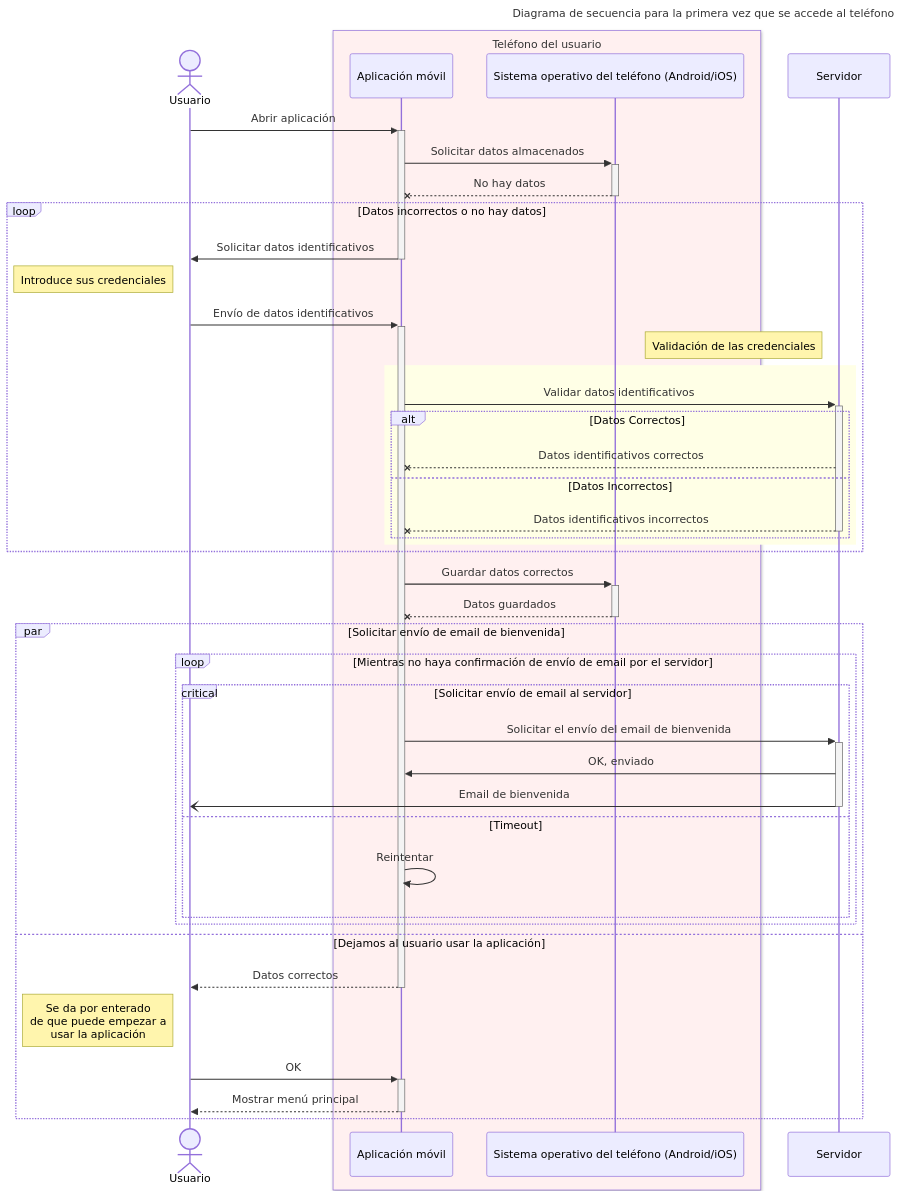
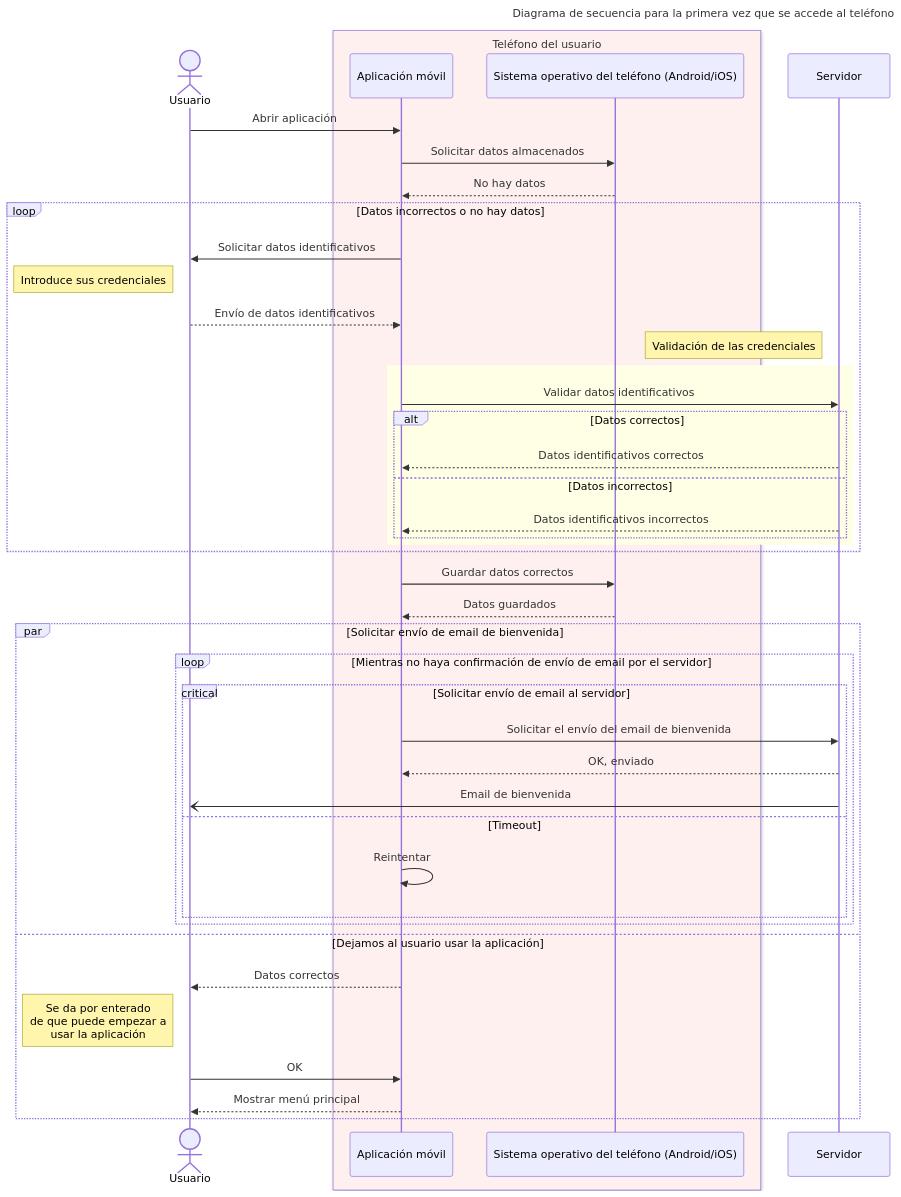
The first of 3 diagrams in ejemplos/diagrama_secuencia_app_movil.md (IvanciniGT/formacionUMLDTE), drawn with Mermaid before and after one commit. The commit also changed other lines of this file and 8 other files, not shown here.

````diff
--- a/ejemplos/diagrama_secuencia_app_movil.md
+++ b/ejemplos/diagrama_secuencia_app_movil.md
@@ -55,52 +55,53 @@
 ```mermaid
 ---
 title: Diagrama de secuencia para la primera vez que se accede al teléfono
 ---
 sequenceDiagram
     actor Usuario
     box rgb(255,240,240) Teléfono del usuario
-        participant Aplicación móvil
+        participant App as Aplicación móvil
         participant SO as Sistema operativo del teléfono (Android/iOS)
     end
     participant Servidor
 
-    Usuario->>+Aplicación móvil: Abrir aplicación
-    Aplicación móvil->>+SO: Solicitar datos almacenados
-    SO--x-Aplicación móvil: No hay datos
+    Usuario->>App: Abrir aplicación
+    App->>SO: Solicitar datos almacenados
+    SO-->>App: No hay datos
+
     loop Datos incorrectos o no hay datos
-        Aplicación móvil->>-Usuario: Solicitar datos identificativos
+        App->>Usuario: Solicitar datos identificativos
         note left of Usuario: Introduce sus credenciales
-        Usuario->>+Aplicación móvil: Envío de datos identificativos
+        Usuario-->>App: Envío de datos identificativos
 
-    note left of Servidor: Validación de las credenciales
-    rect rgb(255,255,230)
-        Aplicación móvil->>+Servidor: Validar datos identificativos
-        alt Datos Correctos
-            Servidor--XAplicación móvil: Datos identificativos correctos
-        else Datos Incorrectos
-            Servidor--X-Aplicación móvil: Datos identificativos incorrectos
+        note left of Servidor: Validación de las credenciales
+        rect rgb(255,255,230)
+            App->>Servidor: Validar datos identificativos
+            alt Datos correctos
+                Servidor-->>App: Datos identificativos correctos
+            else Datos incorrectos
+                Servidor-->>App: Datos identificativos incorrectos
+            end
         end
     end
 
+    App->>SO: Guardar datos correctos
+    SO-->>App: Datos guardados
 
-    end
-    Aplicación móvil->>+SO: Guardar datos correctos
-    SO--x-Aplicación móvil: Datos guardados
     par Solicitar envío de email de bienvenida
         loop Mientras no haya confirmación de envío de email por el servidor
-            critical Solicitar envío de email al servidor 
-                Aplicación móvil->>+Servidor: Solicitar el envío del email de bienvenida
-                Servidor->>Aplicación móvil: OK, enviado
-                Servidor-)-Usuario: Email de bienvenida
+            critical Solicitar envío de email al servidor
+                App->>Servidor: Solicitar el envío del email de bienvenida
+                Servidor-->>App: OK, enviado
+                Servidor-)Usuario: Email de bienvenida
             option Timeout
-                Aplicación móvil->>Aplicación móvil: Reintentar
+                App->>App: Reintentar
             end
         end
     and Dejamos al usuario usar la aplicación
-        Aplicación móvil-->>-Usuario: Datos correctos
+        App-->>Usuario: Datos correctos
         note left of Usuario: Se da por enterado<br/>de que puede empezar a<br/> usar la aplicación
-        Usuario->>+Aplicación móvil: OK
-        Aplicación móvil-->>-Usuario: Mostrar menú principal
+        Usuario->>App: OK
+        App-->>Usuario: Mostrar menú principal
     end
 
 ```
````
